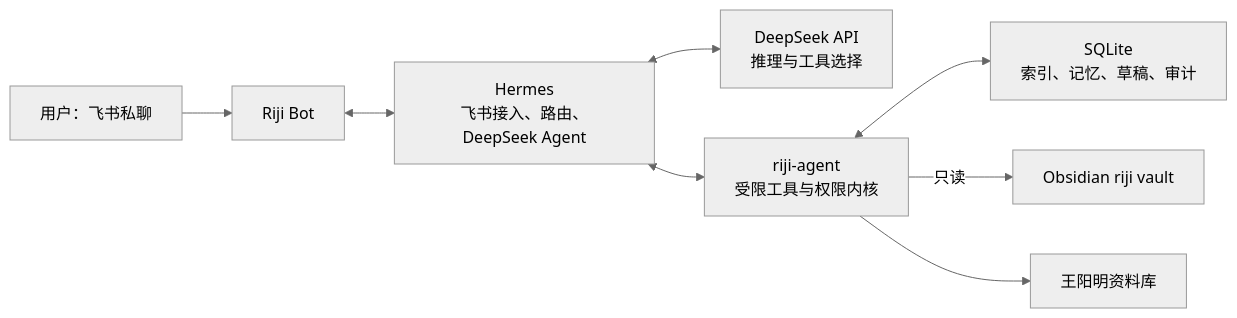
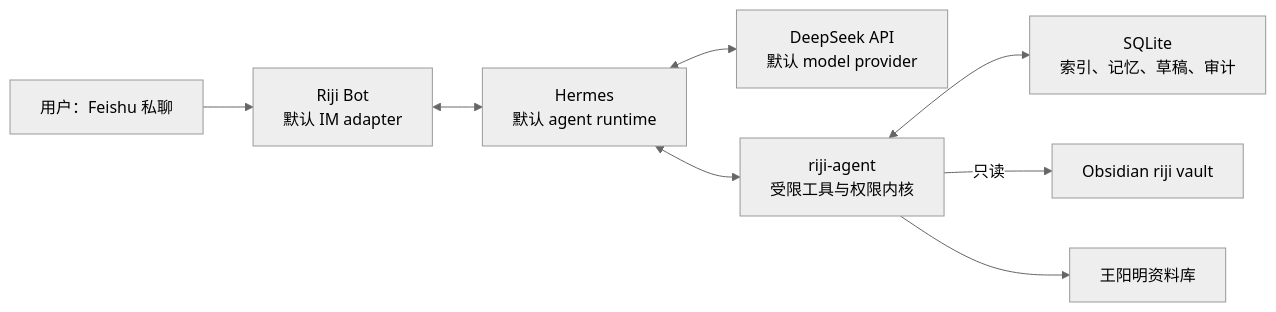
Before and after one commit to doublew6/riji-agent: the first of 2 diagrams in docs/architecture/mvp-architecture.md, drawn with Mermaid (neutral theme). The commit also changed other lines of this file and 3 other files, not shown here.

````diff
--- a/docs/architecture/mvp-architecture.md
+++ b/docs/architecture/mvp-architecture.md
@@ -20,10 +20,10 @@
 ```mermaid
 flowchart LR
-  U["用户：飞书私聊"] --> F["Riji Bot"]
-  F <--> H["Hermes\n飞书接入、路由、DeepSeek Agent"]
-  H <--> D["DeepSeek API\n推理与工具选择"]
+  U["用户：Feishu 私聊"] --> F["Riji Bot\n默认 IM adapter"]
+  F <--> H["Hermes\n默认 agent runtime"]
+  H <--> D["DeepSeek API\n默认 model provider"]
   H <--> R["riji-agent\n受限工具与权限内核"]
   R <--> S["SQLite\n索引、记忆、草稿、审计"]
   R -->|"只读"| V["Obsidian riji vault"]
   R --> Y["王阳明资料库"]
 ```
````
